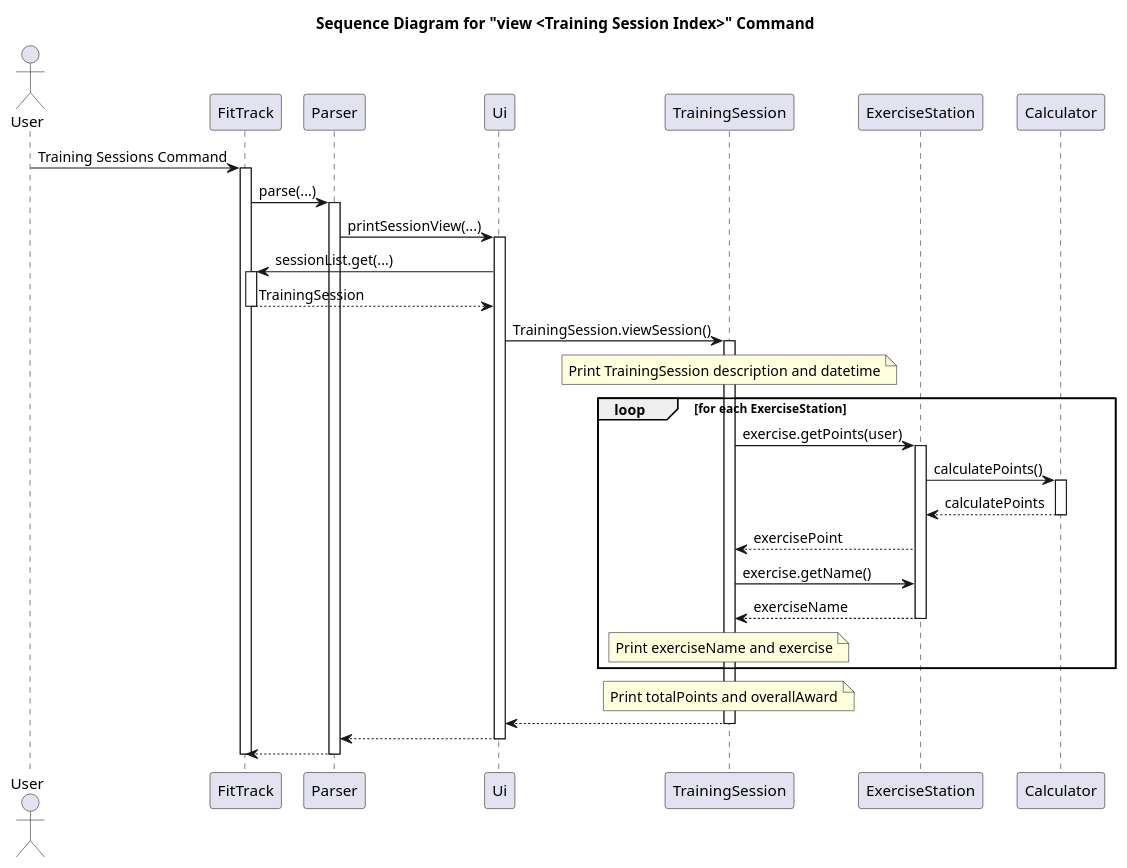
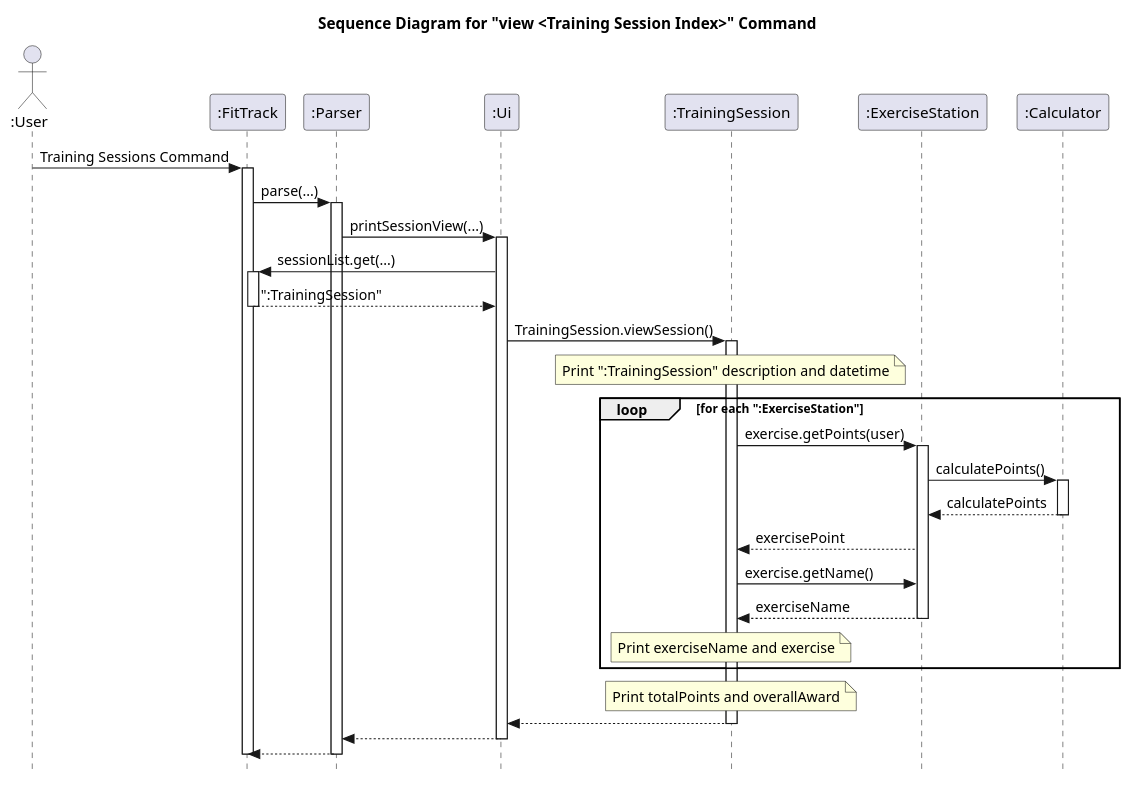
One commit to nus-cs2113-AY2425S1/tp changed the diagram in docs/Diagrams/Sequence_ViewTrainingSession.puml. Above: the diagram before and after it, drawn with PlantUML. The commit also changed 13 other files, not shown here.

Commit message:
Updated sequence diagrams

```diff
--- a/docs/Diagrams/Sequence_ViewTrainingSession.puml
+++ b/docs/Diagrams/Sequence_ViewTrainingSession.puml
@@ -1,90 +1,91 @@
 @startuml
 title Sequence Diagram for "view <Training Session Index>" Command
+skinparam style strictuml
 
-actor User
+actor ":User"
 
-User -> FitTrack: Training Sessions Command
-activate FitTrack
-    FitTrack -> Parser: parse(...)
-        activate Parser
-            Parser -> Ui: printSessionView(...)
-                activate Ui
-                    Ui -> FitTrack : sessionList.get(...)
-                        activate FitTrack
-                            FitTrack --> Ui: TrainingSession
-                        deactivate FitTrack
-                    Ui -> TrainingSession: TrainingSession.viewSession()
-                        activate TrainingSession
-                            note over TrainingSession
-                            Print TrainingSession description and datetime
+":User" -> ":FitTrack": Training Sessions Command
+activate ":FitTrack"
+    ":FitTrack" -> ":Parser": parse(...)
+        activate ":Parser"
+            ":Parser" -> ":Ui": printSessionView(...)
+                activate ":Ui"
+                    ":Ui" -> ":FitTrack" : sessionList.get(...)
+                        activate ":FitTrack"
+                            ":FitTrack" --> ":Ui": ":TrainingSession"
+                        deactivate ":FitTrack"
+                    ":Ui" -> ":TrainingSession": TrainingSession.viewSession()
+                        activate ":TrainingSession"
+                            note over ":TrainingSession"
+                            Print ":TrainingSession" description and datetime
                             end note
-                            loop for each ExerciseStation
-                                TrainingSession -> ExerciseStation: exercise.getPoints(user)
-                                activate ExerciseStation
-                                    ExerciseStation -> Calculator: calculatePoints()
-                                    activate Calculator
-                                    Calculator --> ExerciseStation: calculatePoints
-                                    deactivate Calculator
-                                ExerciseStation --> TrainingSession: exercisePoint
-                                TrainingSession -> ExerciseStation: exercise.getName()
-                                ExerciseStation --> TrainingSession: exerciseName
-                                deactivate ExerciseStation
-                                note over TrainingSession
+                            loop for each ":ExerciseStation"
+                                ":TrainingSession" -> ":ExerciseStation": exercise.getPoints(user)
+                                activate ":ExerciseStation"
+                                    ":ExerciseStation" -> ":Calculator": calculatePoints()
+                                    activate ":Calculator"
+                                    ":Calculator" --> ":ExerciseStation": calculatePoints
+                                    deactivate ":Calculator"
+                                ":ExerciseStation" --> ":TrainingSession": exercisePoint
+                                ":TrainingSession" -> ":ExerciseStation": exercise.getName()
+                                ":ExerciseStation" --> ":TrainingSession": exerciseName
+                                deactivate ":ExerciseStation"
+                                note over ":TrainingSession"
                                 Print exerciseName and exercise
                                 end note
                             end loop
-                            note over TrainingSession
+                            note over ":TrainingSession"
                             Print totalPoints and overallAward
                             end note
-                            deactivate ExerciseStation
-                            TrainingSession --> Ui
-                        deactivate TrainingSession
-                Ui --> Parser
-                deactivate Ui
-            Parser --> FitTrack
-        deactivate Parser
-deactivate FitTrack
+                            deactivate ":ExerciseStation"
+                            ":TrainingSession" --> ":Ui"
+                        deactivate ":TrainingSession"
+                ":Ui" --> ":Parser"
+                deactivate ":Ui"
+            ":Parser" --> ":FitTrack"
+        deactivate ":Parser"
+deactivate ":FitTrack"
 
 'activate FitTrack
 'FitTrack -> Parser: parse(...)
 'activate Parser
 'Parser -> Ui: printSessionList(...)
 '
 'activate Ui
 '
 'alt sessionList.isEmpty()
 '    note over Ui
 '        Print LIST_SESSION_EMPTY_MESSAGE
 '    end note
 'else !sessionList.isEmpty()
 '    note over Ui
 '        Print LIST_SESSION_MESSAGE
 '    end note
 '    loop for each in sessionList
 '        Ui --> FitTrack: sessionList.get(sessionIndex)
 '        activate FitTrack
 '        FitTrack --> Ui: TrainingSession
 '        deactivate FitTrack
 '
 '        Ui -> TrainingSession: getSessionDescription()
 '        activate TrainingSession
 '        TrainingSession --> Ui: sessionDescription
 '        deactivate TrainingSession
 '
 '        note over Ui
 '            Print sessionDescription
 '        end note
 '    end
 '    Ui -> Ui: printSessionCount()
 '    activate Ui
 '    Ui --> Ui
 '    deactivate Ui
 'end
 'Ui --> Parser
 'deactivate Ui
 'Parser --> FitTrack
 'deactivate Parser
 'FitTrack --> User
 'deactivate FitTrack
 
 @enduml
```
